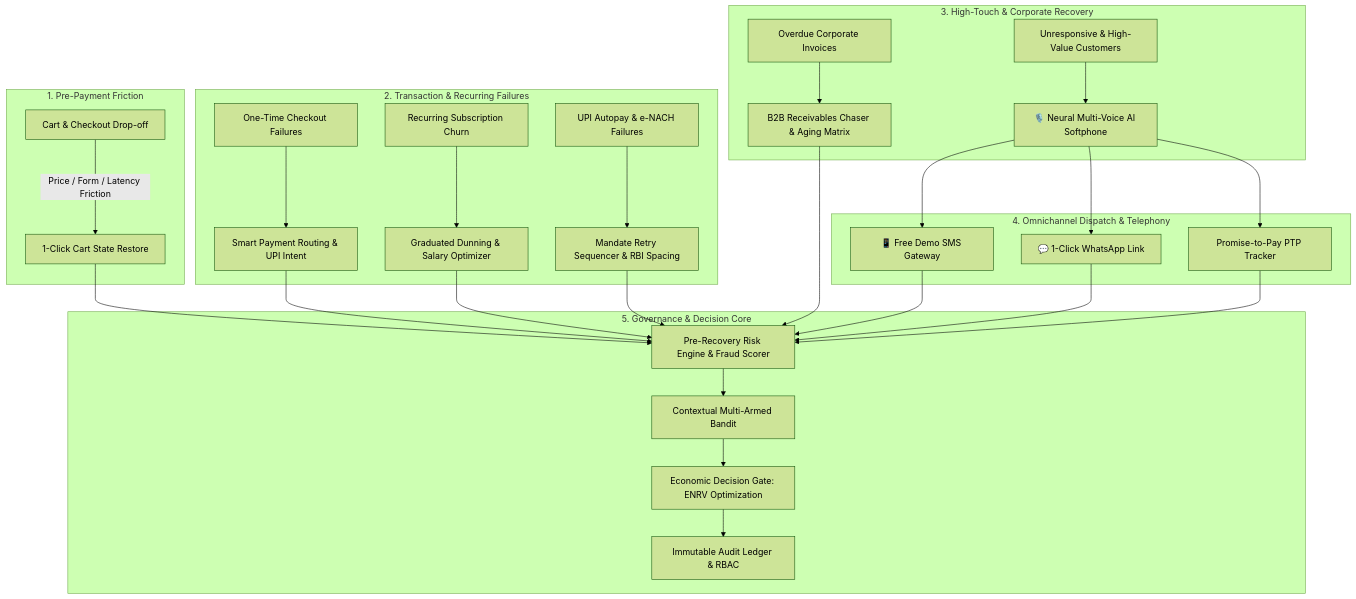
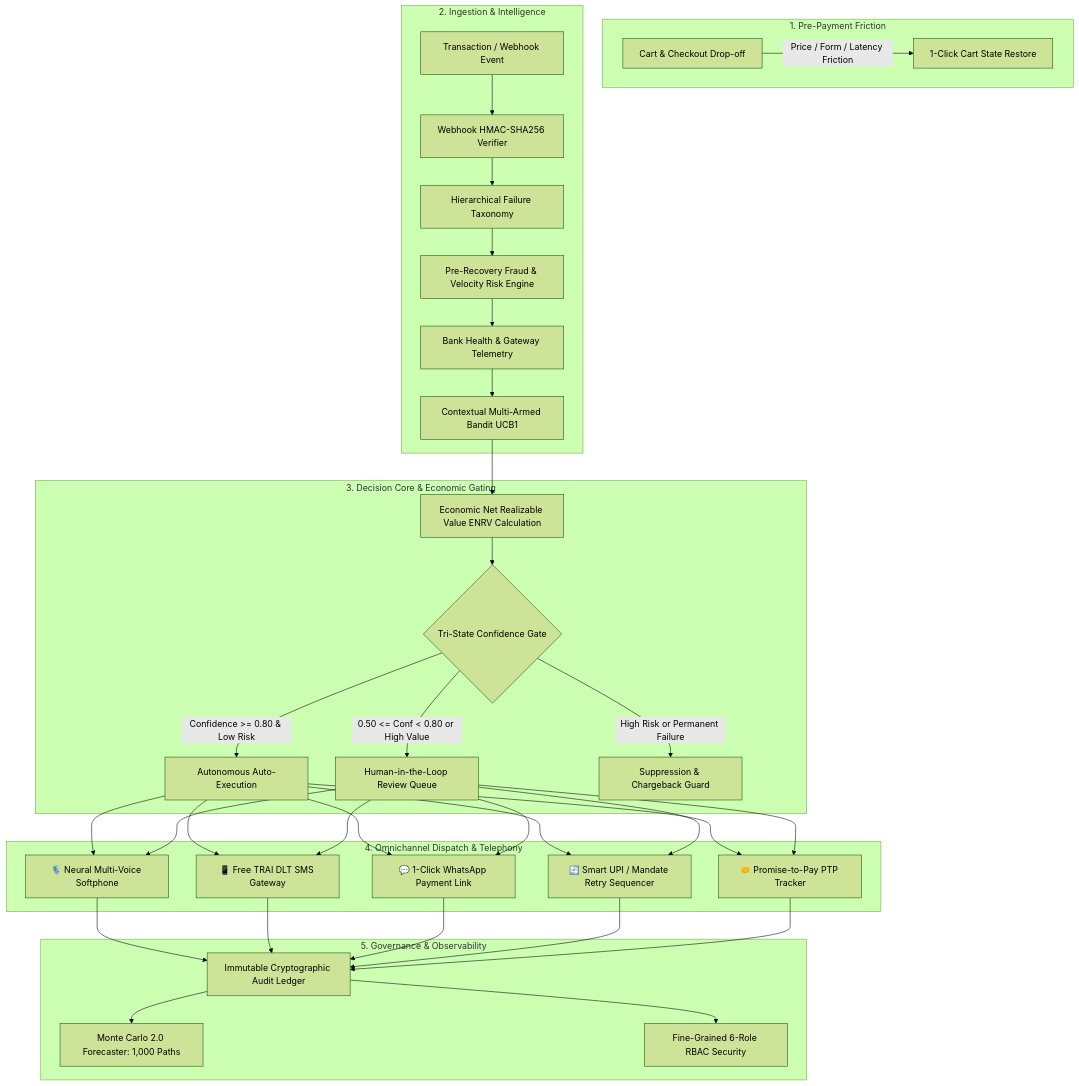
One commit to mauryaakash-ai/AI-Revenue-Recovery-Platform changed the diagram in REPORT.md. Above: the diagram before and after it, drawn with Mermaid (forest theme). The commit also changed other lines of this file and 2 other files, not shown here.

Commit message:
docs: merge complete executive report into master README with architecture, local endpoints, mathematical formulations, benchmarks, and test results

````diff
--- a/REPORT.md
+++ b/REPORT.md
@@ -26,30 +32,36 @@
 ```mermaid
 flowchart TD
     subgraph Layer1 ["1. Pre-Payment Friction"]
         A[Cart & Checkout Drop-off] -->|Price / Form / Latency Friction| B[1-Click Cart State Restore]
     end
 
-    subgraph Layer2 ["2. Transaction & Recurring Failures"]
-        C[One-Time Checkout Failures] --> D[Smart Payment Routing & UPI Intent]
-        E[Recurring Subscription Churn] --> F[Graduated Dunning & Salary Optimizer]
-        G[UPI Autopay & e-NACH Failures] --> H[Mandate Retry Sequencer & RBI Spacing]
+    subgraph Layer2 ["2. Ingestion & Intelligence"]
+        C[Transaction / Webhook Event] --> D[Webhook HMAC-SHA256 Verifier]
+        D --> E[Hierarchical Failure Taxonomy]
+        E --> F[Pre-Recovery Fraud & Velocity Risk Engine]
+        F --> G[Bank Health & Gateway Telemetry]
+        G --> H[Contextual Multi-Armed Bandit UCB1]
     end
 
-    subgraph Layer3 ["3. High-Touch & Corporate Recovery"]
-        I[Overdue Corporate Invoices] --> J[B2B Receivables Chaser & Aging Matrix]
-        K[Unresponsive & High-Value Customers] --> L[🎙️ Neural Multi-Voice AI Softphone]
+    subgraph Layer3 ["3. Decision Core & Economic Gating"]
+        H --> I[Economic Net Realizable Value ENRV Calculation]
+        I --> J{Tri-State Confidence Gate}
+        J -->|Confidence >= 0.80 & Low Risk| K[Autonomous Auto-Execution]
+        J -->|0.50 <= Conf < 0.80 or High Value| L[Human-in-the-Loop Review Queue]
+        J -->|High Risk or Permanent Failure| M[Suppression & Chargeback Guard]
     end
 
     subgraph Layer4 ["4. Omnichannel Dispatch & Telephony"]
-        L --> M[📱 Free Demo SMS Gateway]
-        L --> N[💬 1-Click WhatsApp Link]
-        L --> O[Promise-to-Pay PTP Tracker]
+        K & L --> N[🎙️ Neural Multi-Voice Softphone]
+        K & L --> O[📱 Free TRAI DLT SMS Gateway]
+        K & L --> P[💬 1-Click WhatsApp Payment Link]
+        K & L --> Q[🔄 Smart UPI / Mandate Retry Sequencer]
+        K & L --> R[🤝 Promise-to-Pay PTP Tracker]
     end
 
-    subgraph Layer5 ["5. Governance & Decision Core"]
-        B & D & F & H & J & M & N & O --> P[Pre-Recovery Risk Engine & Fraud Scorer]
-        P --> Q[Contextual Multi-Armed Bandit]
-        Q --> R[Economic Decision Gate: ENRV Optimization]
-        R --> S[Immutable Audit Ledger & RBAC]
+    subgraph Layer5 ["5. Governance & Observability"]
+        N & O & P & Q & R --> S[Immutable Cryptographic Audit Ledger]
+        S --> T[Monte Carlo 2.0 Forecaster: 1,000 Paths]
+        S --> U[Fine-Grained 6-Role RBAC Security]
     end
 ```
````
